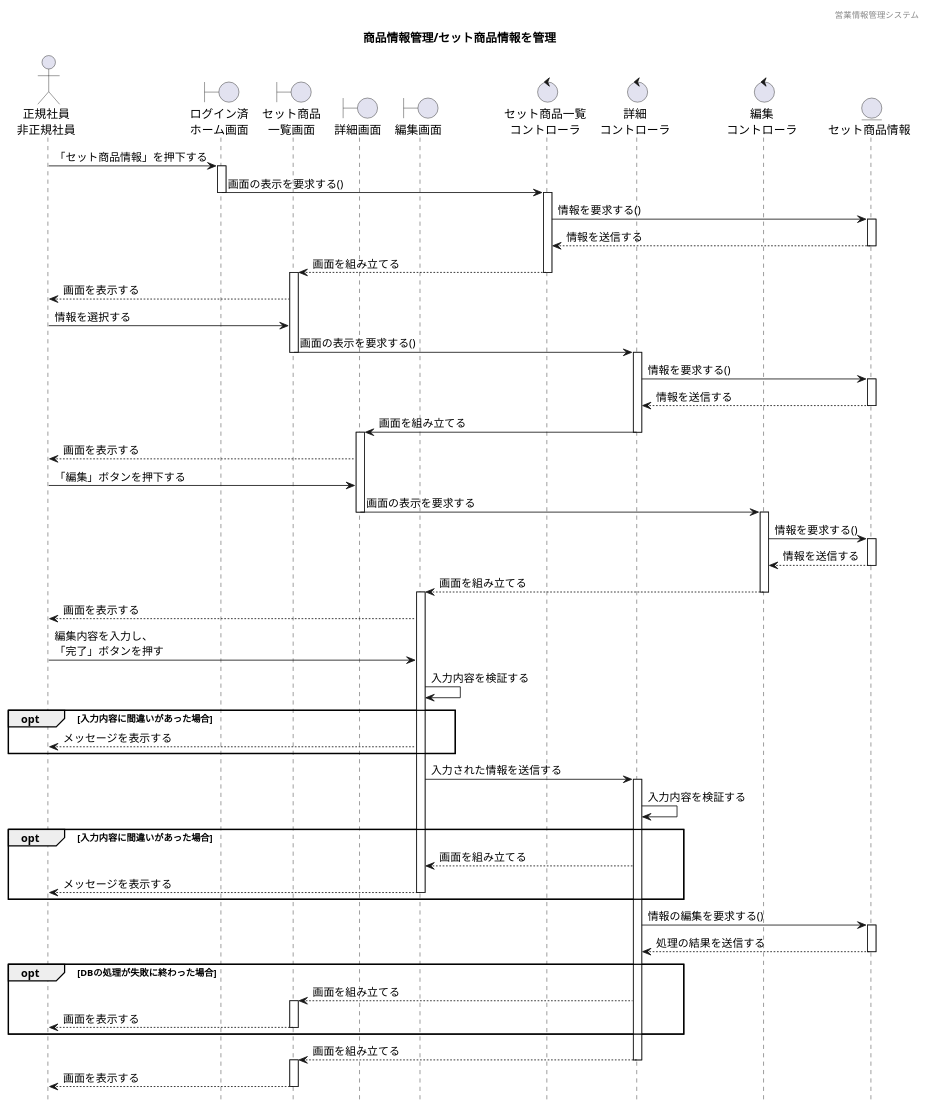
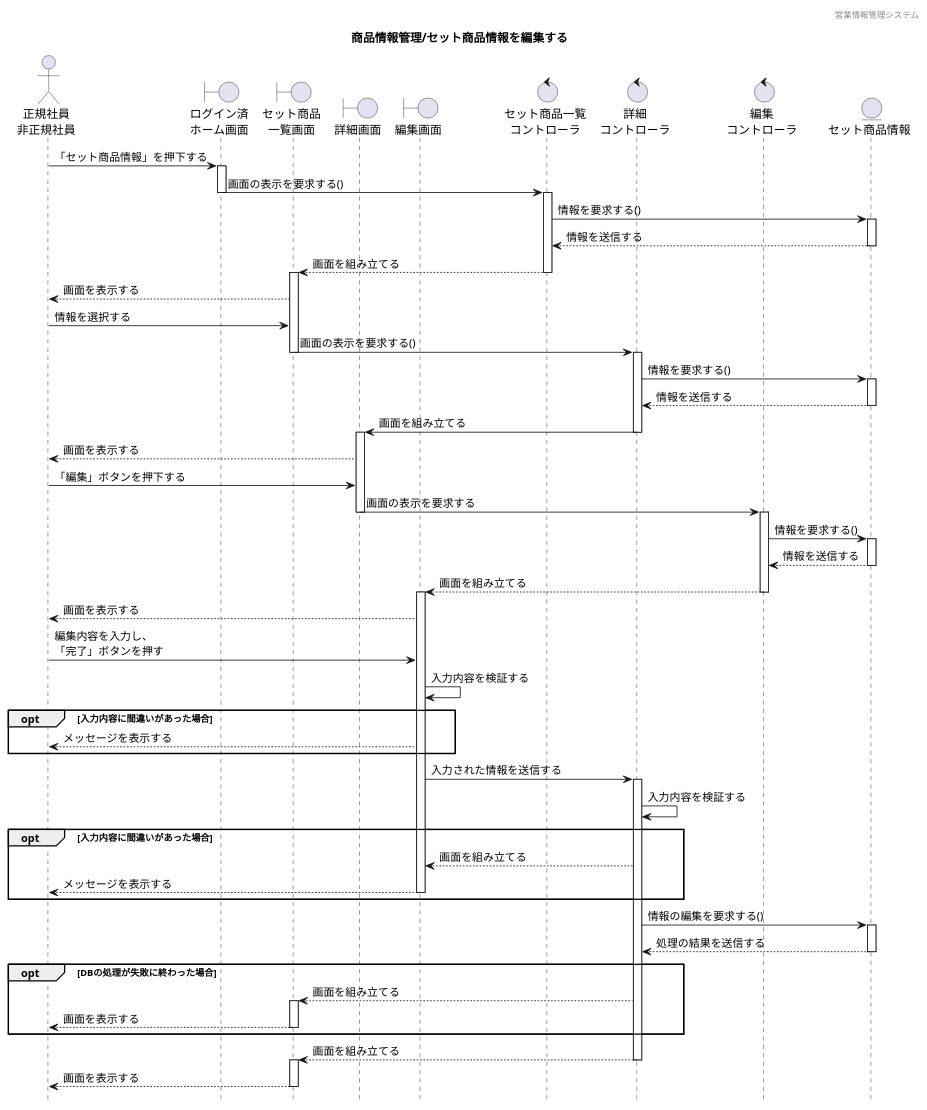
Before and after one commit to HaruShim/Sotuken: the diagram in 各種設計書/4シーケンス図/商品情報管理/1.在庫管理/セット商品管理_編集.plantuml, drawn with PlantUML.

```diff
--- a/各種設計書/4シーケンス図/商品情報管理/1.在庫管理/セット商品管理_編集.plantuml
+++ b/各種設計書/4シーケンス図/商品情報管理/1.在庫管理/セット商品管理_編集.plantuml
@@ -1,91 +1,91 @@
 @startuml ../../images/在庫管理/セット商品管理_編集
 
 hide footbox
 header 営業情報管理システム
-title 商品情報管理/セット商品情報を管理
+title 商品情報管理/セット商品情報を編集する
 
 ' actor "" as a
 actor "正規社員\n非正規社員" as a1
 
 ' boundary "" as b
 boundary "ログイン済\nホーム画面" as b1
 boundary "セット商品\n一覧画面" as b2
 boundary "詳細画面" as b3
 boundary "編集画面" as b4
 
 ' control "" as c
 control "セット商品一覧\nコントローラ" as c1
 control "詳細\nコントローラ" as c2
 control "編集\nコントローラ" as c3
 
 ' entity "" as e
 entity "セット商品情報" as e1
 
 a1 -> b1 : 「セット商品情報」を押下する
 activate b1
 b1 -> c1 : 画面の表示を要求する()
 deactivate b1
 activate c1
 c1 -> e1 : 情報を要求する()
 activate e1
 e1 --> c1 : 情報を送信する
 deactivate e1
 c1 --> b2 : 画面を組み立てる
 deactivate c1
 activate b2
 b2 --> a1 : 画面を表示する
 a1 -> b2 : 情報を選択する
 b2 -> c2 : 画面の表示を要求する()
 deactivate b2
 activate c2
 c2 -> e1 : 情報を要求する()
 activate e1
 e1 --> c2 : 情報を送信する
 deactivate e1
 c2 -> b3 : 画面を組み立てる
 deactivate c2 
 activate b3
 b3 --> a1 : 画面を表示する
 a1 -> b3 : 「編集」ボタンを押下する
 b3 -> c3 : 画面の表示を要求する
 deactivate b3
 activate c3
 c3 -> e1 : 情報を要求する()
 activate e1
 e1 --> c3 : 情報を送信する
 deactivate e1
 c3 --> b4 : 画面を組み立てる
 deactivate c3
 activate b4
 b4 --> a1 : 画面を表示する
 a1 -> b4 : 編集内容を入力し、\n「完了」ボタンを押す
 b4 -> b4 : 入力内容を検証する
 opt 入力内容に間違いがあった場合
 b4 --> a1 : メッセージを表示する
 end
 b4 -> c2 : 入力された情報を送信する
 activate c2
 c2 -> c2 : 入力内容を検証する
 opt 入力内容に間違いがあった場合
 c2 --> b4: 画面を組み立てる
 b4 --> a1 : メッセージを表示する 
 deactivate b4
 end
 c2 -> e1 : 情報の編集を要求する()
 activate e1
 e1 --> c2 : 処理の結果を送信する
 deactivate e1
 opt DBの処理が失敗に終わった場合
 c2 --> b2 : 画面を組み立てる
 
 activate b2
 b2 --> a1 : 画面を表示する
 deactivate b2
 end
 c2 --> b2 : 画面を組み立てる
 deactivate c2
 activate b2
 b2 --> a1 : 画面を表示する
 deactivate b2
 
 @enduml
```
